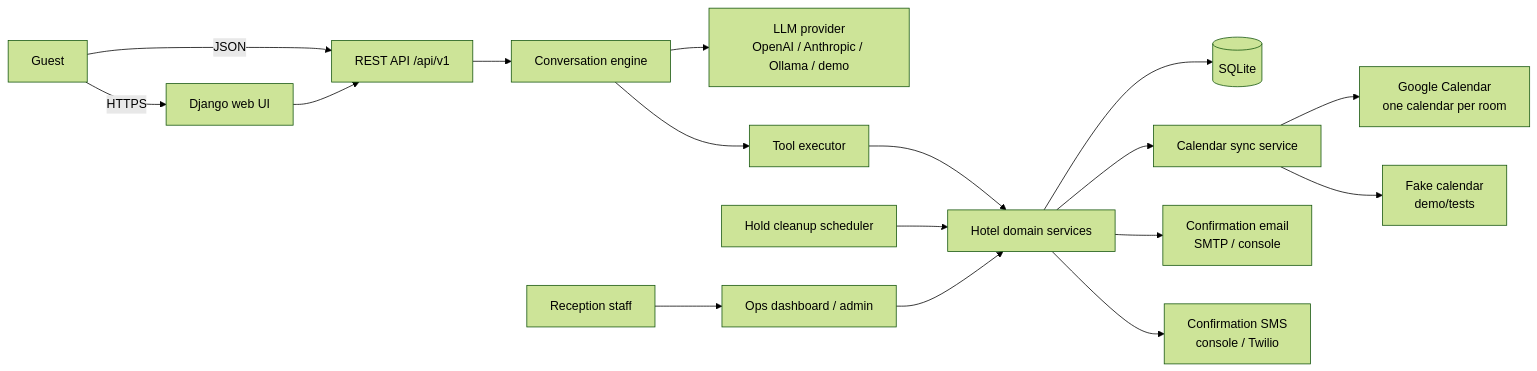
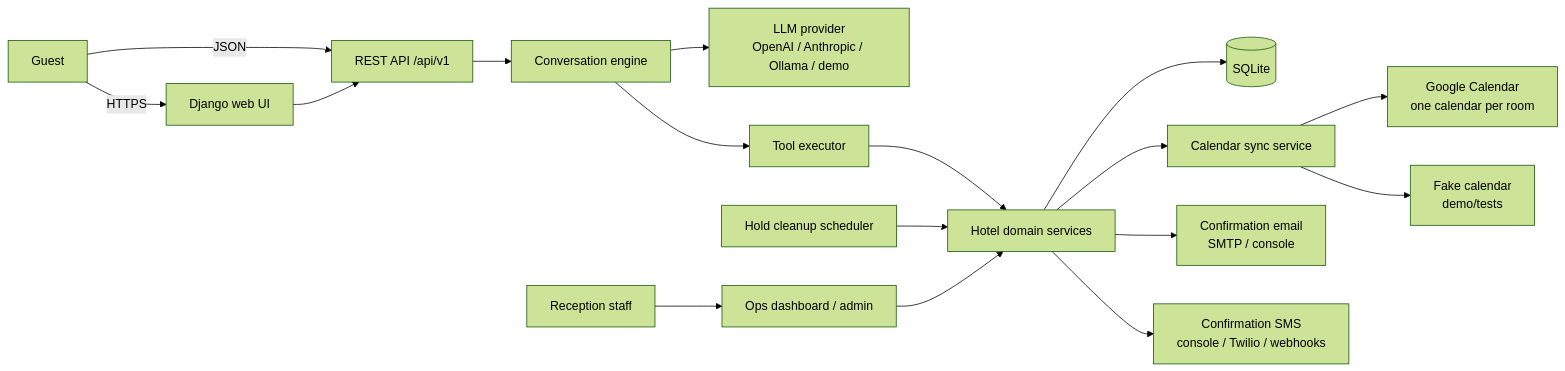
Before and after one commit to michalfrackowiak/hotel-ai-alpha: the first of 4 diagrams in docs/ARCHITECTURE.md, drawn with Mermaid (forest theme). The commit also changed other lines of this file and 18 other files, not shown here.

````diff
--- a/docs/ARCHITECTURE.md
+++ b/docs/ARCHITECTURE.md
@@ -7,19 +7,19 @@
 ```mermaid
 flowchart LR
     Guest[Guest] -->|HTTPS| Web[Django web UI]
     Guest -->|JSON| API[REST API /api/v1]
     Web --> API
     API --> Agent[Conversation engine]
     Agent --> LLM[LLM provider<br/>OpenAI / Anthropic / Ollama / demo]
     Agent --> Tools[Tool executor]
     Tools --> Hotel[Hotel domain services]
     Hotel --> DB[(SQLite)]
     Hotel --> Calendar[Calendar sync service]
     Calendar --> Google[Google Calendar<br/>one calendar per room]
     Calendar --> Fake[Fake calendar<br/>demo/tests]
     Hotel --> Mail[Confirmation email<br/>SMTP / console]
-    Hotel --> SMS[Confirmation SMS<br/>console / Twilio]
+    Hotel --> SMS[Confirmation SMS<br/>console / Twilio / webhooks]
     Scheduler[Hold cleanup scheduler] --> Hotel
     Staff[Reception staff] --> Ops[Ops dashboard / admin]
     Ops --> Hotel
 ```
````
